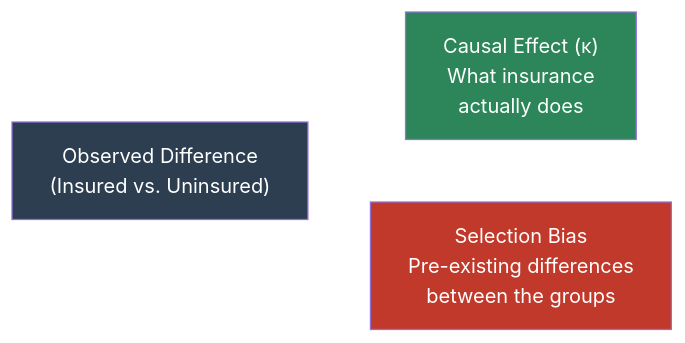
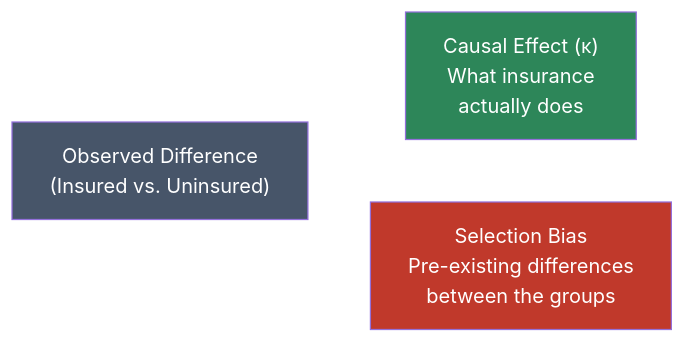
Before and after one commit to cmg777/intro2causal: the second of 6 diagrams in notebooks_md/01-randomized-trials.md, drawn with Mermaid. The commit also changed other lines of this file and 17 other files, not shown here.

````diff
--- a/notebooks_md/01-randomized-trials.md
+++ b/notebooks_md/01-randomized-trials.md
@@ -230,10 +405,10 @@
 ```mermaid
 
 graph LR
     A["Observed Difference<br/>(Insured vs. Uninsured)"] --> B["Causal Effect (κ)<br/>What insurance<br/>actually does"]
     A --> C["Selection Bias<br/>Pre-existing differences<br/>between the groups"]
     style B fill:#2d8659,color:#fff
     style C fill:#c0392b,color:#fff
-    style A fill:#2c3e50,color:#fff
+    style A fill:#475569,color:#fff
     linkStyle default stroke:#fff,stroke-width:2px
 ```
````
